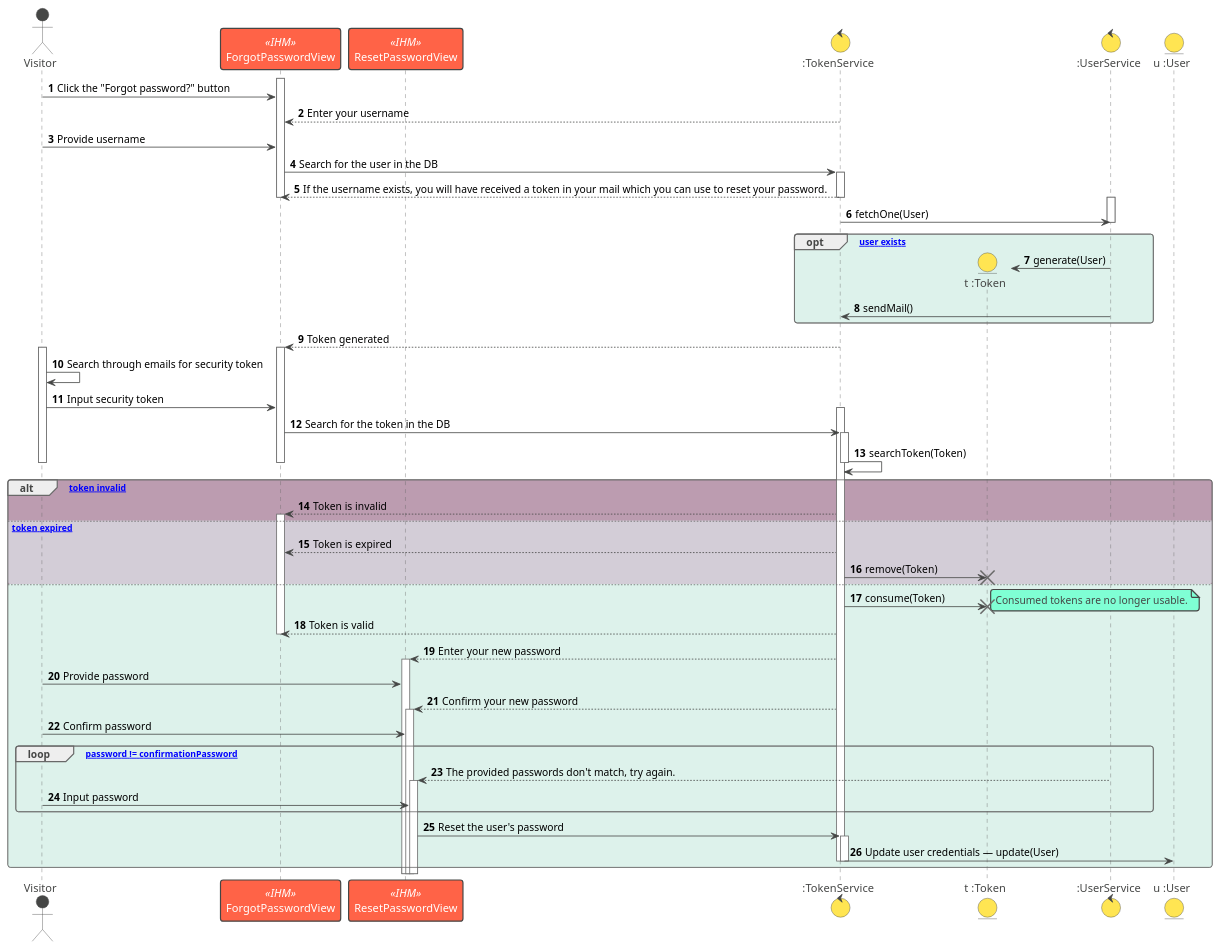
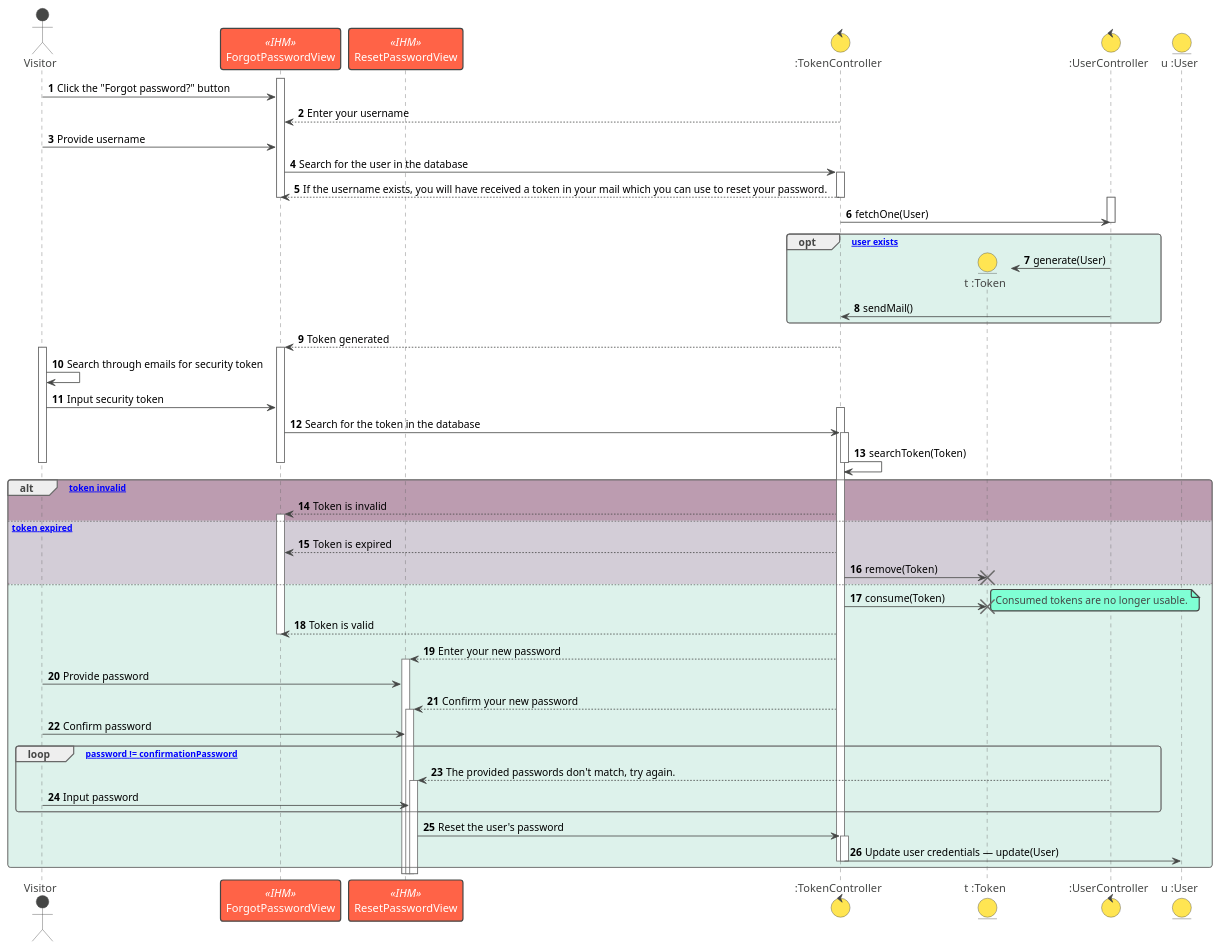
One commit to Druid-ESPRIT/magnum-docs changed the second of 2 diagrams in doc/seq.org. Above: the diagram before and after it, drawn with PlantUML. The commit also changed other lines of this file and 4 other files, not shown here.

Commit message:
chore: update diagrams to reflect new stack

```diff
--- a/doc/seq.org
+++ b/doc/seq.org
@@ -61,73 +61,73 @@
 #+begin_src plantuml :file export/seq/token-gen.svg
 !theme vibrant
 
 actor Visitor as V
 participant "ForgotPasswordView" as IHMFP << IHM >>
 participant "ResetPasswordView" as IHMRP << IHM >>
-control ":TokenService" as TCtrl
+control ":TokenController" as TCtrl
 entity "t :Token" as Token
-control ":UserService" as UCtrl
+control ":UserController" as UCtrl
 entity "u :User" as User
 
 autonumber
 
 activate IHMFP
 V -> IHMFP: Click the "Forgot password?" button
 TCtrl --> IHMFP: Enter your username
 V -> IHMFP: Provide username
-IHMFP -> TCtrl ++: Search for the user in the DB
+IHMFP -> TCtrl ++: Search for the user in the database
 TCtrl --> IHMFP --: If the username exists, you will have received a token in your mail which you can use to reset your password.
 deactivate IHMFP
 
 activate UCtrl
 TCtrl -> UCtrl: fetchOne(User)
 deactivate UCtrl
 
 opt #DDF2EB [If user exists]
    UCtrl -> Token **: generate(User)
    UCtrl -> TCtrl: sendMail()
 end
 
 TCtrl --> IHMFP --: Token generated
 deactivate TCtrl
 
 activate IHMFP
 activate V
 V -> V: Search through emails for security token
 V -> IHMFP: Input security token
 activate TCtrl
-IHMFP -> TCtrl++: Search for the token in the DB
+IHMFP -> TCtrl++: Search for the token in the database
 TCtrl -> TCtrl--: searchToken(Token)
 deactivate IHMFP
 deactivate V
 
 alt #BC9CB0 [If token invalid]
    TCtrl --> IHMFP ++: Token is invalid
 else #D3CDD7 [If token expired]
    TCtrl --> IHMFP: Token is expired
    TCtrl -> Token !!: remove(Token)
 else #DDF2EB
    TCtrl -> Token !!: consume(Token)
    note right 
       Consumed tokens are no longer usable.
    end note
    TCtrl --> IHMFP: Token is valid
 
    deactivate IHMFP
 
    TCtrl --> IHMRP ++: Enter your new password
    V -> IHMRP --: Provide password
 
    TCtrl --> IHMRP ++: Confirm your new password
    V -> IHMRP --: Confirm password
 
    loop [while password != confirmationPassword] 
       UCtrl --> IHMRP ++: The provided passwords don't match, try again.
       V -> IHMRP --: Input password
    end
 
    IHMRP -> TCtrl ++: Reset the user's password
    TCtrl -> User --: Update user credentials — update(User)
 
 end
 #+end_src
```
